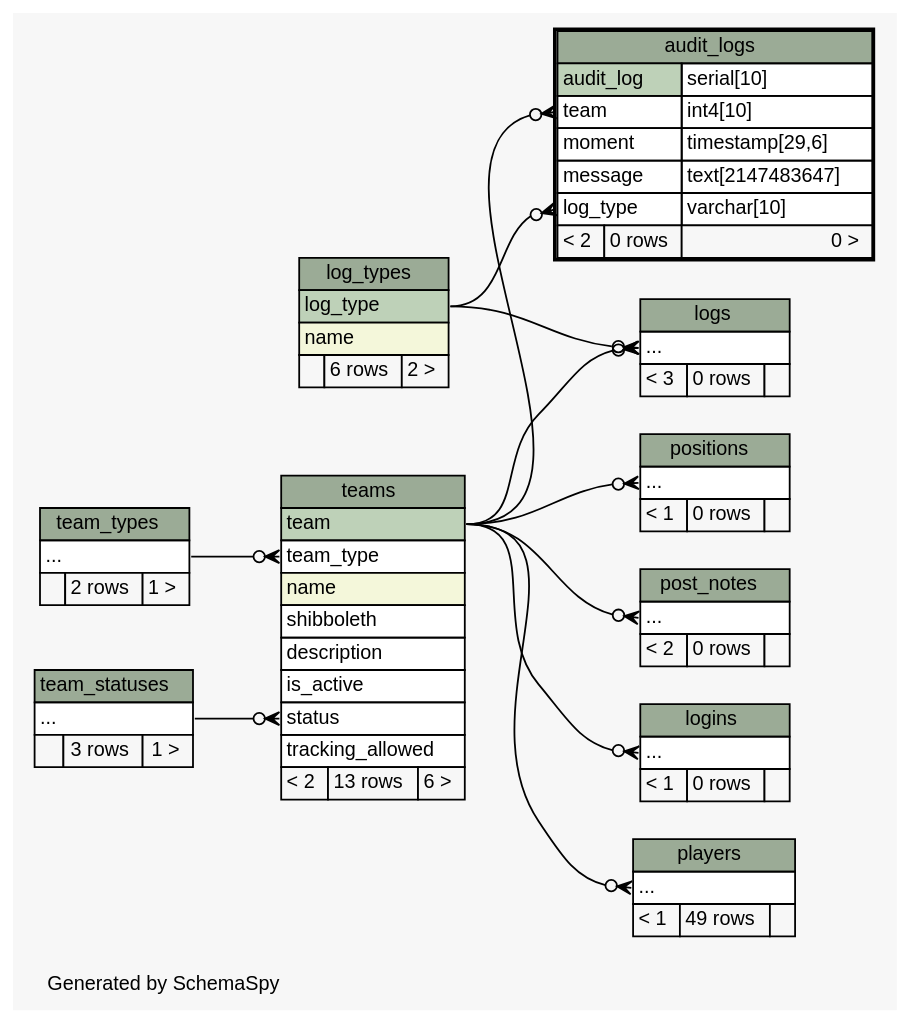
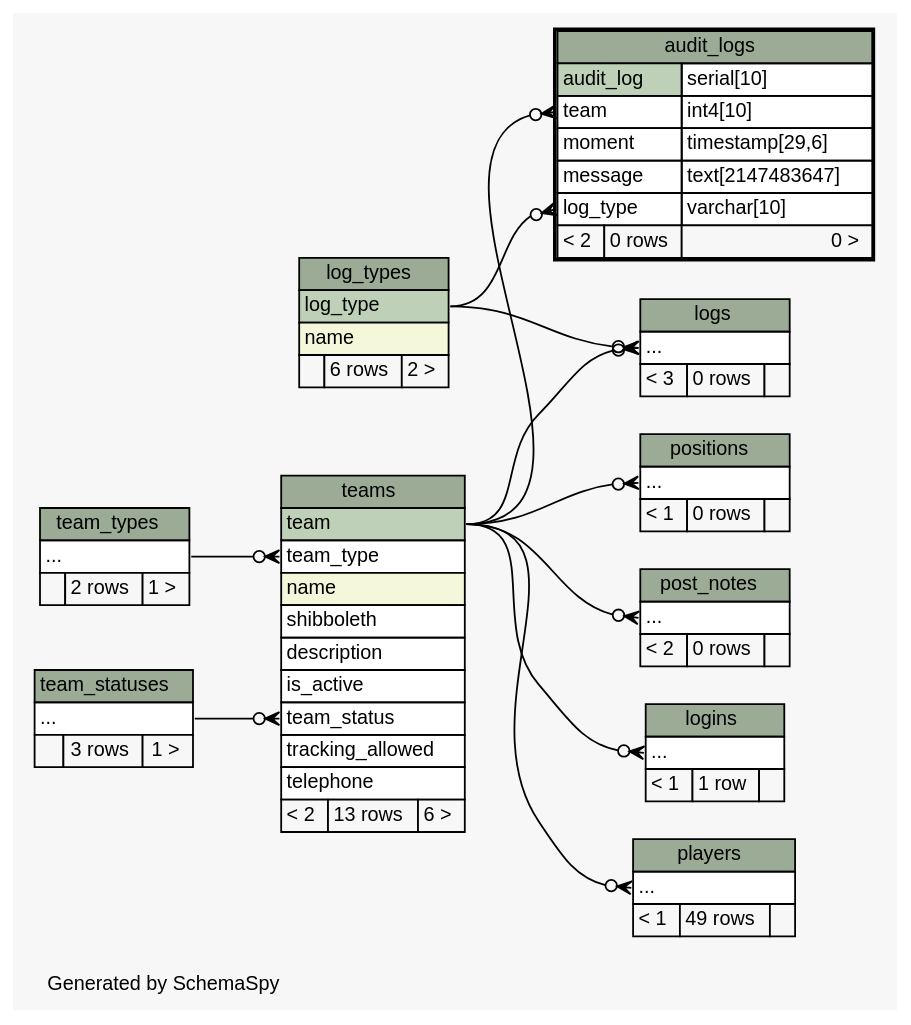
The diagram in Brazda/doc/db/diagrams/audit_logs.2degrees.dot (xmarwin/brazda), drawn with Graphviz before and after one commit. The commit also changed 100 other files, not shown here.

```diff
--- a/Brazda/doc/db/diagrams/audit_logs.2degrees.dot
+++ b/Brazda/doc/db/diagrams/audit_logs.2degrees.dot
@@ -1,144 +1,145 @@
 // dot 2.40.1 on Linux 4.11.5-gentoo
 // SchemaSpy rev 590
 digraph "twoDegreesRelationshipsDiagram" {
   graph [
     rankdir="RL"
     bgcolor="#f7f7f7"
     label="\nGenerated by SchemaSpy"
     labeljust="l"
     nodesep="0.18"
     ranksep="0.46"
     fontname="Helvetica"
     fontsize="11"
   ];
   node [
     fontname="Helvetica"
     fontsize="11"
     shape="plaintext"
   ];
   edge [
     arrowsize="0.8"
   ];
   "audit_logs":"log_type":w -> "log_types":"log_type":e [arrowhead=none dir=back arrowtail=crowodot];
   "audit_logs":"team":w -> "teams":"team":e [arrowhead=none dir=back arrowtail=crowodot];
   "logins":"elipses":w -> "teams":"team":e [arrowhead=none dir=back arrowtail=crowodot];
   "logs":"elipses":w -> "log_types":"log_type":e [arrowhead=none dir=back arrowtail=crowodot];
   "logs":"elipses":w -> "teams":"team":e [arrowhead=none dir=back arrowtail=crowodot];
   "players":"elipses":w -> "teams":"team":e [arrowhead=none dir=back arrowtail=crowodot];
   "positions":"elipses":w -> "teams":"team":e [arrowhead=none dir=back arrowtail=crowodot];
   "post_notes":"elipses":w -> "teams":"team":e [arrowhead=none dir=back arrowtail=crowodot];
-  "teams":"status":w -> "team_statuses":"elipses":e [arrowhead=none dir=back arrowtail=crowodot];
+  "teams":"team_status":w -> "team_statuses":"elipses":e [arrowhead=none dir=back arrowtail=crowodot];
   "teams":"team_type":w -> "team_types":"elipses":e [arrowhead=none dir=back arrowtail=crowodot];
   "audit_logs" [
     label=<
     <TABLE BORDER="2" CELLBORDER="1" CELLSPACING="0" BGCOLOR="#ffffff">
       <TR><TD COLSPAN="3" BGCOLOR="#9bab96" ALIGN="CENTER">audit_logs</TD></TR>
       <TR><TD PORT="audit_log" COLSPAN="2" BGCOLOR="#bed1b8" ALIGN="LEFT">audit_log</TD><TD PORT="audit_log.type" ALIGN="LEFT">serial[10]</TD></TR>
       <TR><TD PORT="team" COLSPAN="2" ALIGN="LEFT">team</TD><TD PORT="team.type" ALIGN="LEFT">int4[10]</TD></TR>
       <TR><TD PORT="moment" COLSPAN="2" ALIGN="LEFT">moment</TD><TD PORT="moment.type" ALIGN="LEFT">timestamp[29,6]</TD></TR>
       <TR><TD PORT="message" COLSPAN="2" ALIGN="LEFT">message</TD><TD PORT="message.type" ALIGN="LEFT">text[2147483647]</TD></TR>
       <TR><TD PORT="log_type" COLSPAN="2" ALIGN="LEFT">log_type</TD><TD PORT="log_type.type" ALIGN="LEFT">varchar[10]</TD></TR>
       <TR><TD ALIGN="LEFT" BGCOLOR="#f7f7f7">&lt; 2</TD><TD ALIGN="RIGHT" BGCOLOR="#f7f7f7">0 rows</TD><TD ALIGN="RIGHT" BGCOLOR="#f7f7f7">0 &gt;</TD></TR>
     </TABLE>>
     URL="audit_logs.html"
     tooltip="audit_logs"
   ];
   "log_types" [
     label=<
     <TABLE BORDER="0" CELLBORDER="1" CELLSPACING="0" BGCOLOR="#ffffff">
       <TR><TD COLSPAN="3" BGCOLOR="#9bab96" ALIGN="CENTER">log_types</TD></TR>
       <TR><TD PORT="log_type" COLSPAN="3" BGCOLOR="#bed1b8" ALIGN="LEFT">log_type</TD></TR>
       <TR><TD PORT="name" COLSPAN="3" BGCOLOR="#f4f7da" ALIGN="LEFT">name</TD></TR>
       <TR><TD ALIGN="LEFT" BGCOLOR="#f7f7f7">  </TD><TD ALIGN="RIGHT" BGCOLOR="#f7f7f7">6 rows</TD><TD ALIGN="RIGHT" BGCOLOR="#f7f7f7">2 &gt;</TD></TR>
     </TABLE>>
     URL="log_types.html"
     tooltip="log_types"
   ];
   "logins" [
     label=<
     <TABLE BORDER="0" CELLBORDER="1" CELLSPACING="0" BGCOLOR="#ffffff">
       <TR><TD COLSPAN="3" BGCOLOR="#9bab96" ALIGN="CENTER">logins</TD></TR>
       <TR><TD PORT="elipses" COLSPAN="3" ALIGN="LEFT">...</TD></TR>
-      <TR><TD ALIGN="LEFT" BGCOLOR="#f7f7f7">&lt; 1</TD><TD ALIGN="RIGHT" BGCOLOR="#f7f7f7">0 rows</TD><TD ALIGN="RIGHT" BGCOLOR="#f7f7f7">  </TD></TR>
+      <TR><TD ALIGN="LEFT" BGCOLOR="#f7f7f7">&lt; 1</TD><TD ALIGN="RIGHT" BGCOLOR="#f7f7f7">1 row</TD><TD ALIGN="RIGHT" BGCOLOR="#f7f7f7">  </TD></TR>
     </TABLE>>
     URL="logins.html"
     tooltip="logins"
   ];
   "logs" [
     label=<
     <TABLE BORDER="0" CELLBORDER="1" CELLSPACING="0" BGCOLOR="#ffffff">
       <TR><TD COLSPAN="3" BGCOLOR="#9bab96" ALIGN="CENTER">logs</TD></TR>
       <TR><TD PORT="elipses" COLSPAN="3" ALIGN="LEFT">...</TD></TR>
       <TR><TD ALIGN="LEFT" BGCOLOR="#f7f7f7">&lt; 3</TD><TD ALIGN="RIGHT" BGCOLOR="#f7f7f7">0 rows</TD><TD ALIGN="RIGHT" BGCOLOR="#f7f7f7">  </TD></TR>
     </TABLE>>
     URL="logs.html"
     tooltip="logs"
   ];
   "players" [
     label=<
     <TABLE BORDER="0" CELLBORDER="1" CELLSPACING="0" BGCOLOR="#ffffff">
       <TR><TD COLSPAN="3" BGCOLOR="#9bab96" ALIGN="CENTER">players</TD></TR>
       <TR><TD PORT="elipses" COLSPAN="3" ALIGN="LEFT">...</TD></TR>
       <TR><TD ALIGN="LEFT" BGCOLOR="#f7f7f7">&lt; 1</TD><TD ALIGN="RIGHT" BGCOLOR="#f7f7f7">49 rows</TD><TD ALIGN="RIGHT" BGCOLOR="#f7f7f7">  </TD></TR>
     </TABLE>>
     URL="players.html"
     tooltip="players"
   ];
   "positions" [
     label=<
     <TABLE BORDER="0" CELLBORDER="1" CELLSPACING="0" BGCOLOR="#ffffff">
       <TR><TD COLSPAN="3" BGCOLOR="#9bab96" ALIGN="CENTER">positions</TD></TR>
       <TR><TD PORT="elipses" COLSPAN="3" ALIGN="LEFT">...</TD></TR>
       <TR><TD ALIGN="LEFT" BGCOLOR="#f7f7f7">&lt; 1</TD><TD ALIGN="RIGHT" BGCOLOR="#f7f7f7">0 rows</TD><TD ALIGN="RIGHT" BGCOLOR="#f7f7f7">  </TD></TR>
     </TABLE>>
     URL="positions.html"
     tooltip="positions"
   ];
   "post_notes" [
     label=<
     <TABLE BORDER="0" CELLBORDER="1" CELLSPACING="0" BGCOLOR="#ffffff">
       <TR><TD COLSPAN="3" BGCOLOR="#9bab96" ALIGN="CENTER">post_notes</TD></TR>
       <TR><TD PORT="elipses" COLSPAN="3" ALIGN="LEFT">...</TD></TR>
       <TR><TD ALIGN="LEFT" BGCOLOR="#f7f7f7">&lt; 2</TD><TD ALIGN="RIGHT" BGCOLOR="#f7f7f7">0 rows</TD><TD ALIGN="RIGHT" BGCOLOR="#f7f7f7">  </TD></TR>
     </TABLE>>
     URL="post_notes.html"
     tooltip="post_notes"
   ];
   "team_statuses" [
     label=<
     <TABLE BORDER="0" CELLBORDER="1" CELLSPACING="0" BGCOLOR="#ffffff">
       <TR><TD COLSPAN="3" BGCOLOR="#9bab96" ALIGN="CENTER">team_statuses</TD></TR>
       <TR><TD PORT="elipses" COLSPAN="3" ALIGN="LEFT">...</TD></TR>
       <TR><TD ALIGN="LEFT" BGCOLOR="#f7f7f7">  </TD><TD ALIGN="RIGHT" BGCOLOR="#f7f7f7">3 rows</TD><TD ALIGN="RIGHT" BGCOLOR="#f7f7f7">1 &gt;</TD></TR>
     </TABLE>>
     URL="team_statuses.html"
     tooltip="team_statuses"
   ];
   "team_types" [
     label=<
     <TABLE BORDER="0" CELLBORDER="1" CELLSPACING="0" BGCOLOR="#ffffff">
       <TR><TD COLSPAN="3" BGCOLOR="#9bab96" ALIGN="CENTER">team_types</TD></TR>
       <TR><TD PORT="elipses" COLSPAN="3" ALIGN="LEFT">...</TD></TR>
       <TR><TD ALIGN="LEFT" BGCOLOR="#f7f7f7">  </TD><TD ALIGN="RIGHT" BGCOLOR="#f7f7f7">2 rows</TD><TD ALIGN="RIGHT" BGCOLOR="#f7f7f7">1 &gt;</TD></TR>
     </TABLE>>
     URL="team_types.html"
     tooltip="team_types"
   ];
   "teams" [
     label=<
     <TABLE BORDER="0" CELLBORDER="1" CELLSPACING="0" BGCOLOR="#ffffff">
       <TR><TD COLSPAN="3" BGCOLOR="#9bab96" ALIGN="CENTER">teams</TD></TR>
       <TR><TD PORT="team" COLSPAN="3" BGCOLOR="#bed1b8" ALIGN="LEFT">team</TD></TR>
       <TR><TD PORT="team_type" COLSPAN="3" ALIGN="LEFT">team_type</TD></TR>
       <TR><TD PORT="name" COLSPAN="3" BGCOLOR="#f4f7da" ALIGN="LEFT">name</TD></TR>
       <TR><TD PORT="shibboleth" COLSPAN="3" ALIGN="LEFT">shibboleth</TD></TR>
       <TR><TD PORT="description" COLSPAN="3" ALIGN="LEFT">description</TD></TR>
       <TR><TD PORT="is_active" COLSPAN="3" ALIGN="LEFT">is_active</TD></TR>
-      <TR><TD PORT="status" COLSPAN="3" ALIGN="LEFT">status</TD></TR>
+      <TR><TD PORT="team_status" COLSPAN="3" ALIGN="LEFT">team_status</TD></TR>
       <TR><TD PORT="tracking_allowed" COLSPAN="3" ALIGN="LEFT">tracking_allowed</TD></TR>
+      <TR><TD PORT="telephone" COLSPAN="3" ALIGN="LEFT">telephone</TD></TR>
       <TR><TD ALIGN="LEFT" BGCOLOR="#f7f7f7">&lt; 2</TD><TD ALIGN="RIGHT" BGCOLOR="#f7f7f7">13 rows</TD><TD ALIGN="RIGHT" BGCOLOR="#f7f7f7">6 &gt;</TD></TR>
     </TABLE>>
     URL="teams.html"
     tooltip="teams"
   ];
 }
```
